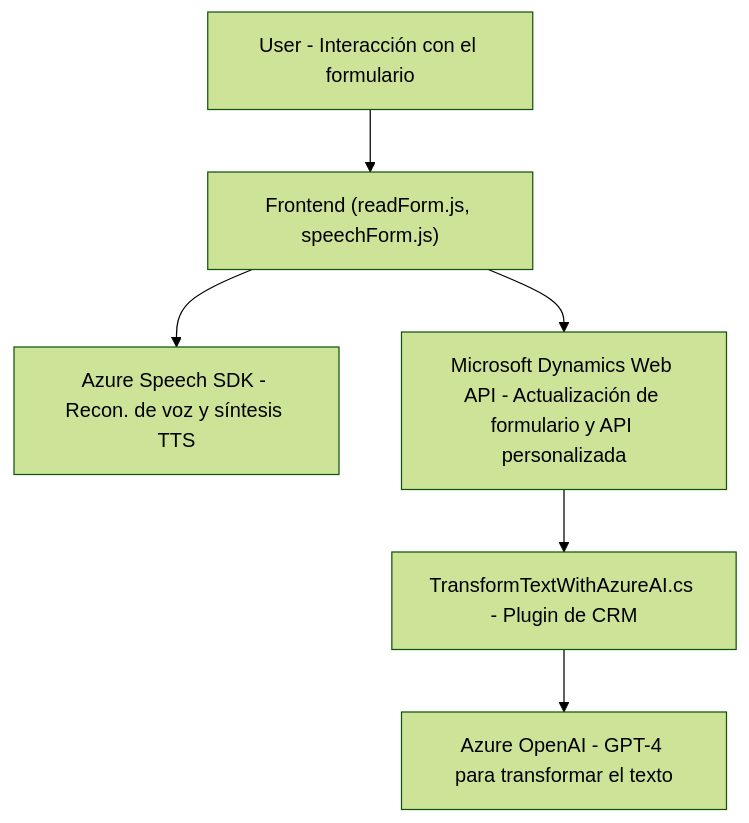
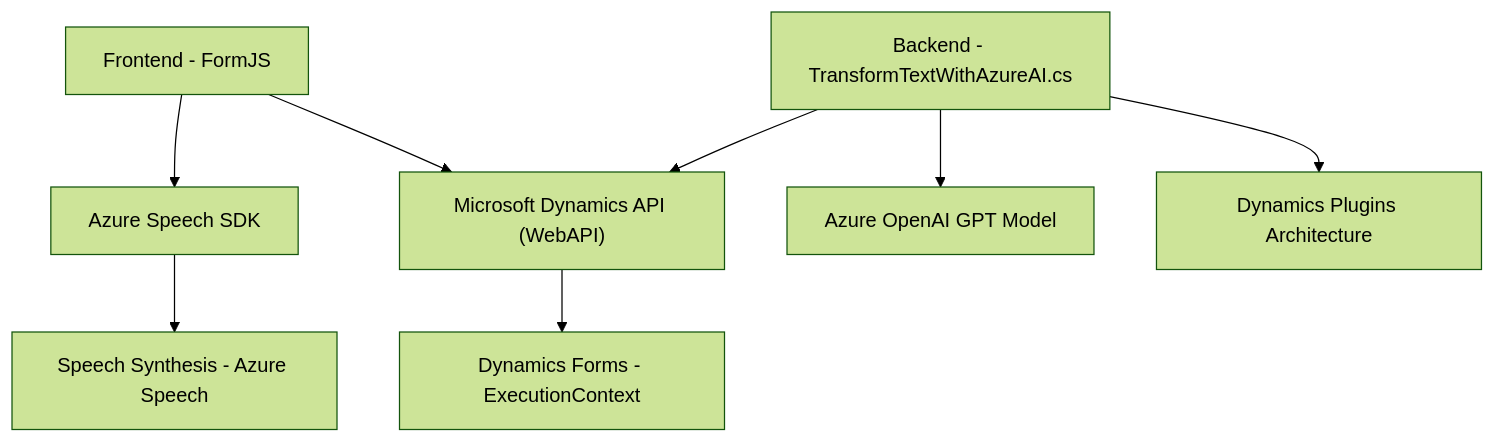
The diagram in README.md (blopezdm/NETCORE_BILBAO2025), drawn with Mermaid (forest theme) before and after one commit. The commit also changed other lines of this file, not shown here.

Commit message:
Actualizar análisis global de la solución con IA

````diff
--- a/README.md
+++ b/README.md
@@ -47,15 +25,10 @@
 ```mermaid
 graph TD
-    A["User - Interacción con el formulario"]
-    B["Frontend (readForm.js, speechForm.js)"]
-    C["Azure Speech SDK - Recon. de voz y síntesis TTS"]
-    D["Microsoft Dynamics Web API - Actualización de formulario y API personalizada"]
-    E["TransformTextWithAzureAI.cs - Plugin de CRM"]
-    F["Azure OpenAI - GPT-4 para transformar el texto"]
-    
-    A --> B
-    B --> C
-    B --> D
-    D --> E
-    E --> F
+    A["Frontend - FormJS"] --> B["Azure Speech SDK"]
+    A --> C["Microsoft Dynamics API (WebAPI)"]
+    B --> D["Speech Synthesis - Azure Speech"]
+    C --> E["Dynamics Forms - ExecutionContext"]
+    F["Backend - TransformTextWithAzureAI.cs"] --> G["Azure OpenAI GPT Model"]
+    F --> C
+    F --> H["Dynamics Plugins Architecture"]
 ```
````
